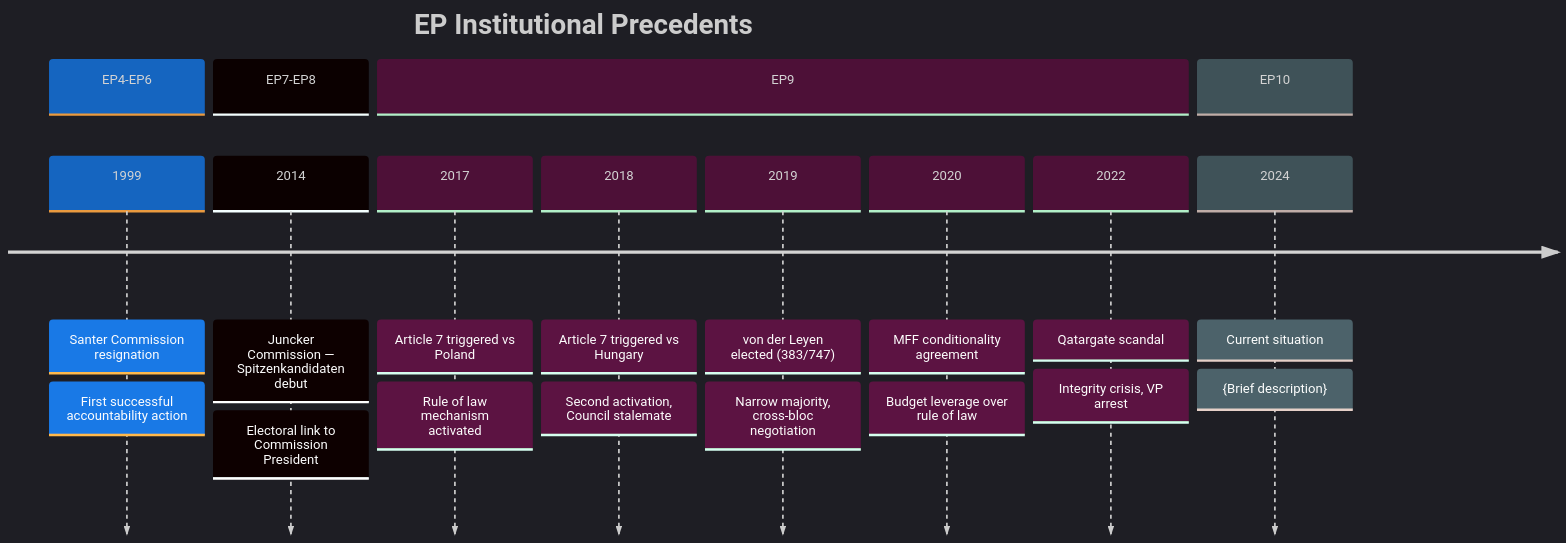
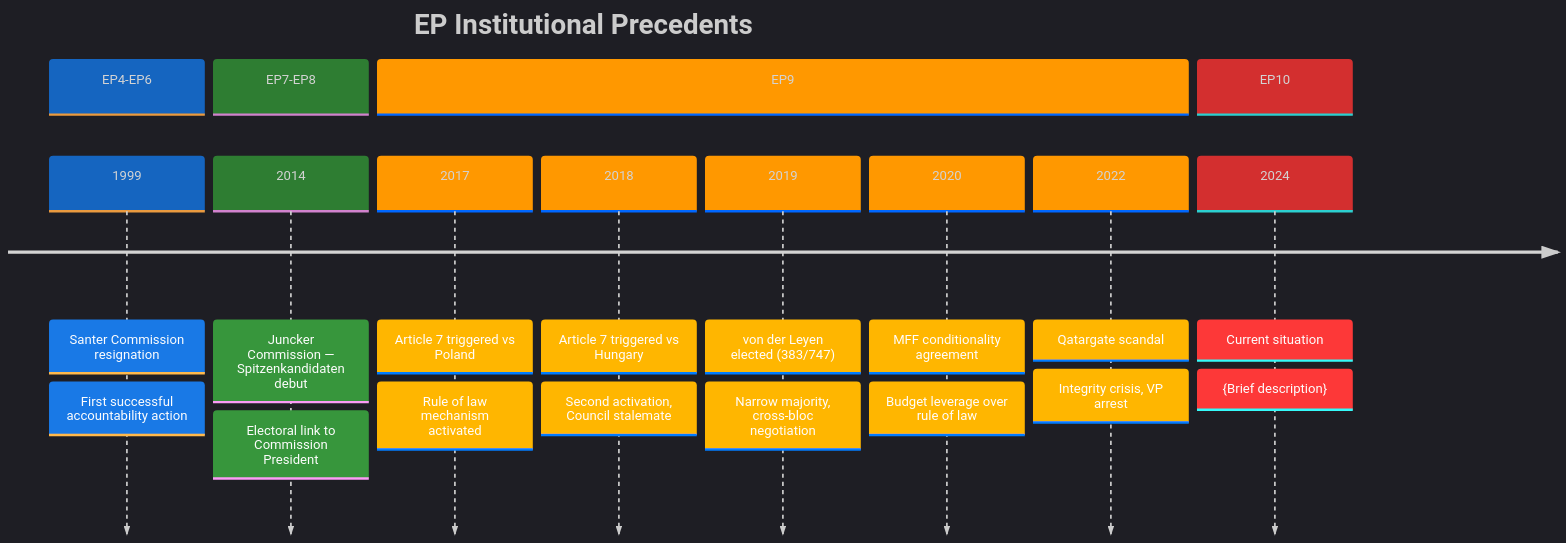
The first of 2 diagrams in analysis/templates/historical-parallels.md (Hack23/euparliamentmonitor), drawn with Mermaid before and after one commit. The commit also changed other lines of this file and 5 other files, not shown here.

First line of the commit message:
improve color-coded mermaid pipeline + add regression tests

````diff
--- a/analysis/templates/historical-parallels.md
+++ b/analysis/templates/historical-parallels.md
@@ -160,25 +160,25 @@
 ```mermaid
-%%{init: {"theme":"dark","themeVariables":{"primaryColor":"#1565C0","primaryTextColor":"#ffffff"}}}%%
+%%{init: {"theme":"dark","themeVariables":{"primaryColor":"#1565C0","primaryTextColor":"#ffffff","primaryBorderColor":"#0A3F7F","lineColor":"#90CAF9","secondaryColor":"#2E7D32","secondaryTextColor":"#ffffff","tertiaryColor":"#FF9800","tertiaryTextColor":"#000000","mainBkg":"#1565C0","secondBkg":"#2E7D32","tertiaryBkg":"#FF9800","noteBkgColor":"#FFC107","noteTextColor":"#000000","errorBkgColor":"#D32F2F","fontFamily":"Inter, Helvetica, Arial, sans-serif","cScale0":"#1565C0","cScale1":"#2E7D32","cScale2":"#FF9800","cScale3":"#D32F2F","cScale4":"#FFC107","cScale5":"#7B1FA2","cScale6":"#9E9E9E","cScale7":"#0288D1"}}}%%
 timeline
     title EP Institutional Precedents
     section EP4-EP6
         1999 : Santer Commission resignation
              : First successful accountability action
     section EP7-EP8
         2014 : Juncker Commission — Spitzenkandidaten debut
              : Electoral link to Commission President
     section EP9
         2017 : Article 7 triggered vs Poland
              : Rule of law mechanism activated
         2018 : Article 7 triggered vs Hungary
              : Second activation, Council stalemate
         2019 : von der Leyen elected (383/747)
              : Narrow majority, cross-bloc negotiation
         2020 : MFF conditionality agreement
              : Budget leverage over rule of law
         2022 : Qatargate scandal
              : Integrity crisis, VP arrest
     section EP10
         2024 : Current situation
              : {Brief description}
 ```
````
